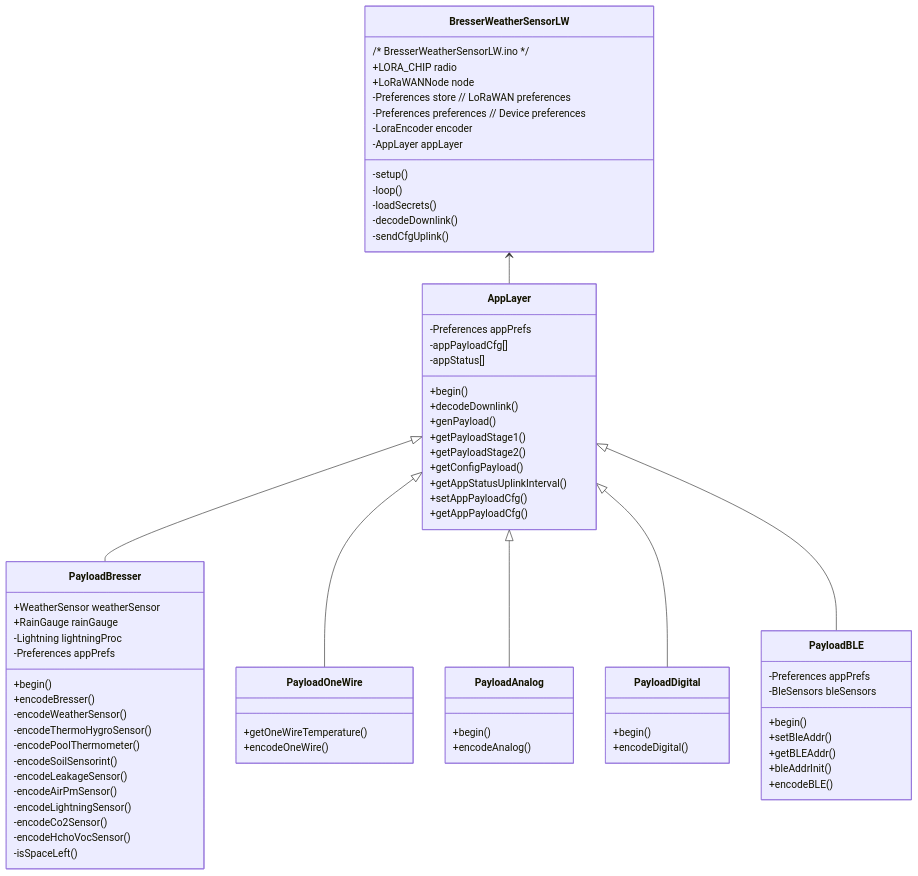
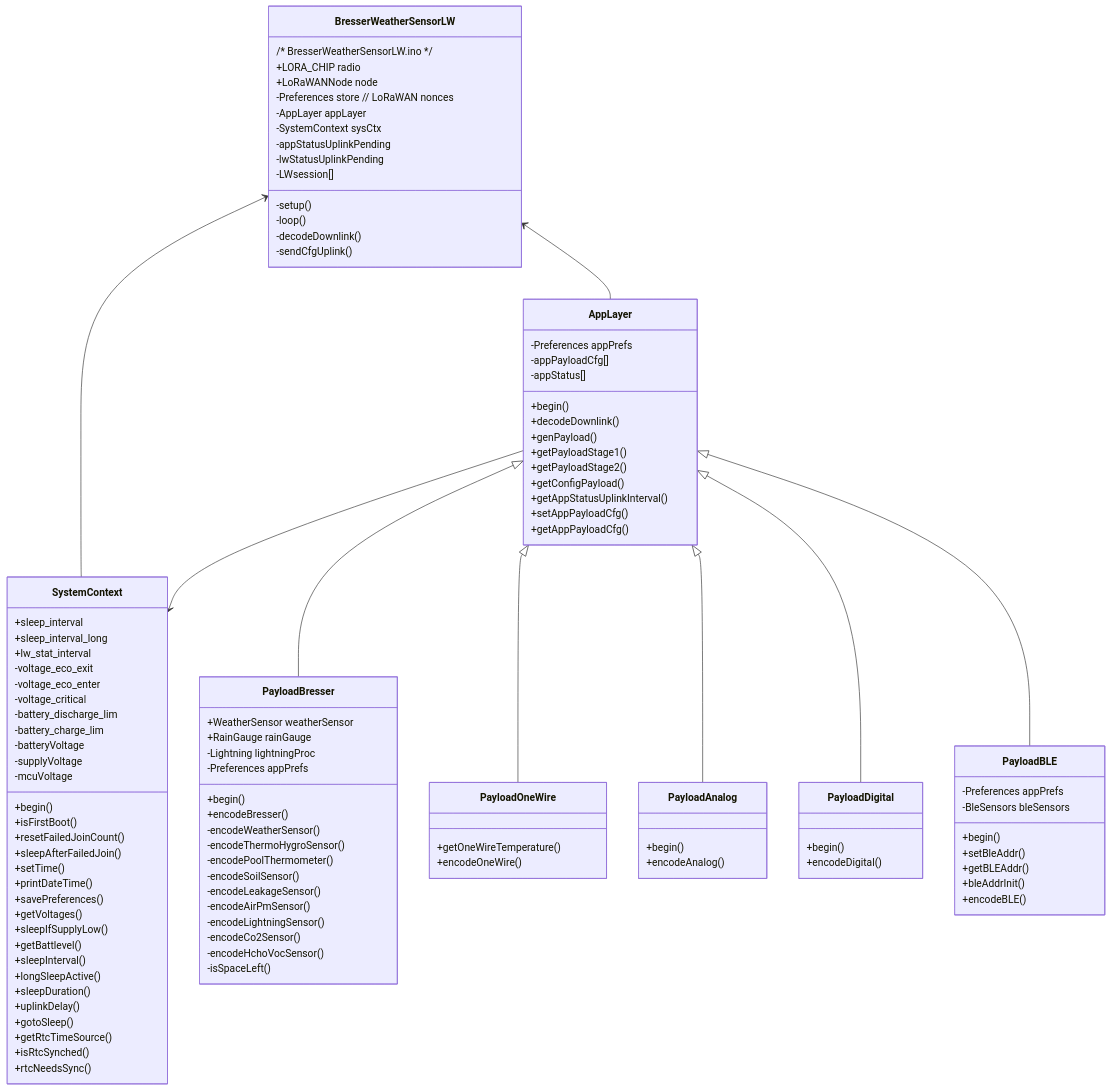
One commit to matthias-bs/BresserWeatherSensorLW changed the diagram in README.md. Above: the diagram before and after it, drawn with Mermaid.

Commit message:
Updated class diagram

```diff
--- a/README.md
+++ b/README.md
@@ -979,17 +979,53 @@
         /* BresserWeatherSensorLW.ino */
         +LORA_CHIP radio
         +LoRaWANNode node
-        -Preferences store // LoRaWAN preferences
-        -Preferences preferences // Device preferences
-        -LoraEncoder encoder
+        -Preferences store // LoRaWAN nonces
         -AppLayer appLayer
+        -SystemContext sysCtx
+        -appStatusUplinkPending
+        -lwStatusUplinkPending
+        -LWsession[]
         -setup()
         -loop()
-        -loadSecrets()
         -decodeDownlink()
         -sendCfgUplink()
     }
     BresserWeatherSensorLW <-- AppLayer
+    BresserWeatherSensorLW <-- SystemContext
+    AppLayer --> SystemContext
+
+    class SystemContext {
+        +begin()
+        +isFirstBoot()
+        +resetFailedJoinCount()
+        +sleepAfterFailedJoin()
+        +setTime()
+        +printDateTime()
+        +savePreferences()
+        +getVoltages()
+        +sleepIfSupplyLow()
+        +getBattlevel()
+        +sleepInterval()
+        +longSleepActive()
+        +sleepDuration()
+        +uplinkDelay()
+        +gotoSleep()
+        +getRtcTimeSource()
+        +isRtcSynched()
+        +rtcNeedsSync()
+        +sleep_interval
+        +sleep_interval_long
+        +lw_stat_interval
+        -voltage_eco_exit
+        -voltage_eco_enter
+        -voltage_critical
+        -battery_discharge_lim
+        -battery_charge_lim
+        -batteryVoltage
+        -supplyVoltage
+        -mcuVoltage
+    }
+
     class AppLayer {
         -Preferences appPrefs
         -appPayloadCfg[]
@@ -1020,7 +1056,7 @@
         -encodeWeatherSensor()
         -encodeThermoHygroSensor()
         -encodePoolThermometer()
-        -encodeSoilSensorint()
+        -encodeSoilSensor()
         -encodeLeakageSensor()
         -encodeAirPmSensor()
         -encodeLightningSensor()
```
